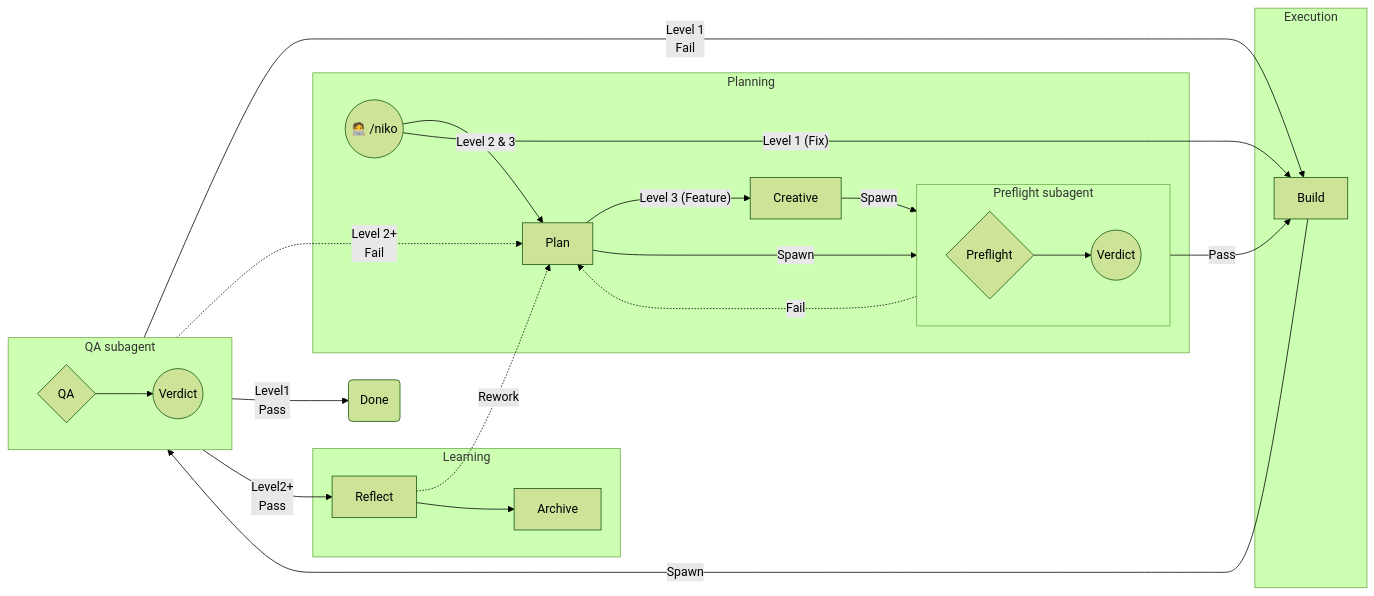
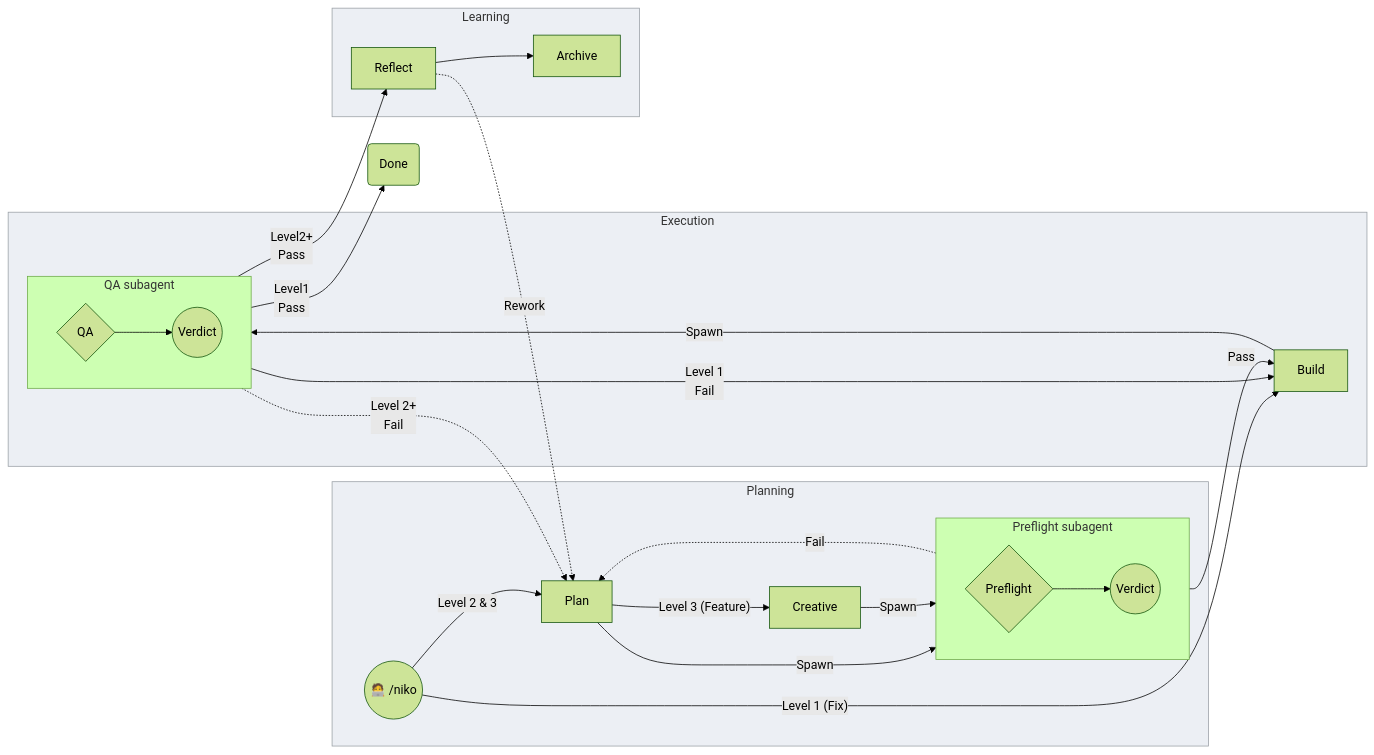
The sixth of 7 diagrams in memory-bank/active/creative/creative-verification-diagrams-review.md (Texarkanine/.cursor-rules), drawn with Mermaid (forest theme) before and after one commit. The commit also changed other lines of this file, not shown here.

Commit message:
chore: nest QA in Execution; wash ideology subgraphs in README long

````diff
--- a/memory-bank/active/creative/creative-verification-diagrams-review.md
+++ b/memory-bank/active/creative/creative-verification-diagrams-review.md
@@ -161,43 +165,45 @@
 ```mermaid
 flowchart LR
 	Niko(("🧑‍💻 /niko"))
 	Archive["Archive"]
 
 	subgraph Planning
 		Plan["Plan"]
 		Creative["Creative"]
 		Niko -- "Level 2 & 3" --> Plan
 		Plan -- "Level 3 (Feature)" --> Creative
 		Plan --Spawn--> PF
 		Creative --Spawn--> PF
 		subgraph PFSA["Preflight subagent"]
 			direction LR
 			PF{"Preflight"} --> PFV(("Verdict"))
 		end
 		PFV -.->|"Fail"| Plan
 	end
 
 	Niko -- "Level 1 (Fix)" --> Build
 	PFV -->|"Pass"| Build
 
 	subgraph Execution
 		Build["Build"]
-	end
-
-	Build --Spawn--> QA
-	subgraph QASA["QA subagent"]
-		direction LR
-		QA{"QA"} --> QAV(("Verdict"))
+		Build --Spawn--> QA
+		subgraph QASA["QA subagent"]
+			direction LR
+			QA{"QA"} --> QAV(("Verdict"))
+		end
 	end
 
 	QAV -->|"Level 1<br>Fail"| Build
 	QAV -.->|"Level 2+<br>Fail"| Plan
 	QAV -->|"Level1<br>Pass"| Done("Done")
 	QAV -->|"Level2+<br>Pass"| Reflect
 
 	subgraph Learning
 		Reflect["Reflect"]
 		Reflect -.->|"Rework"| Plan
 		Reflect --> Archive
 	end
+
+	classDef ideology fill:#eceff4,stroke:#9aa0a6,color:#333
+	class Planning,Execution,Learning ideology
 ```
````
